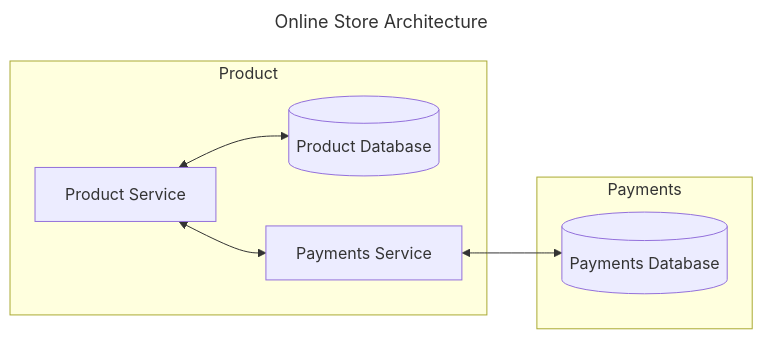
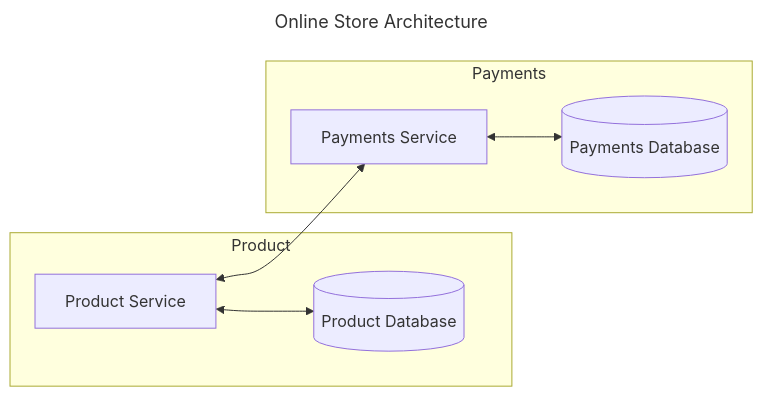
Before and after one commit to BeautifulTovarisch/ds-guided-intro: the diagram in remote-procedure-call/lab/README.md, drawn with Mermaid.

Commit message:
fixed diagram

````diff
--- a/remote-procedure-call/lab/README.md
+++ b/remote-procedure-call/lab/README.md
@@ -52,20 +52,21 @@
 ```mermaid
 ---
 title: Online Store Architecture
 ---
 flowchart LR
     product[Product Service]
     productdb[(Product Database)]
 
     payments[Payments Service]
     paymentdb[(Payments Database)]
 
     subgraph Product
         product <--> productdb
-        product <--> payments
     end
+
+    product <--> payments
 
     subgraph Payments
         payments <--> paymentdb
     end
 ```
````
